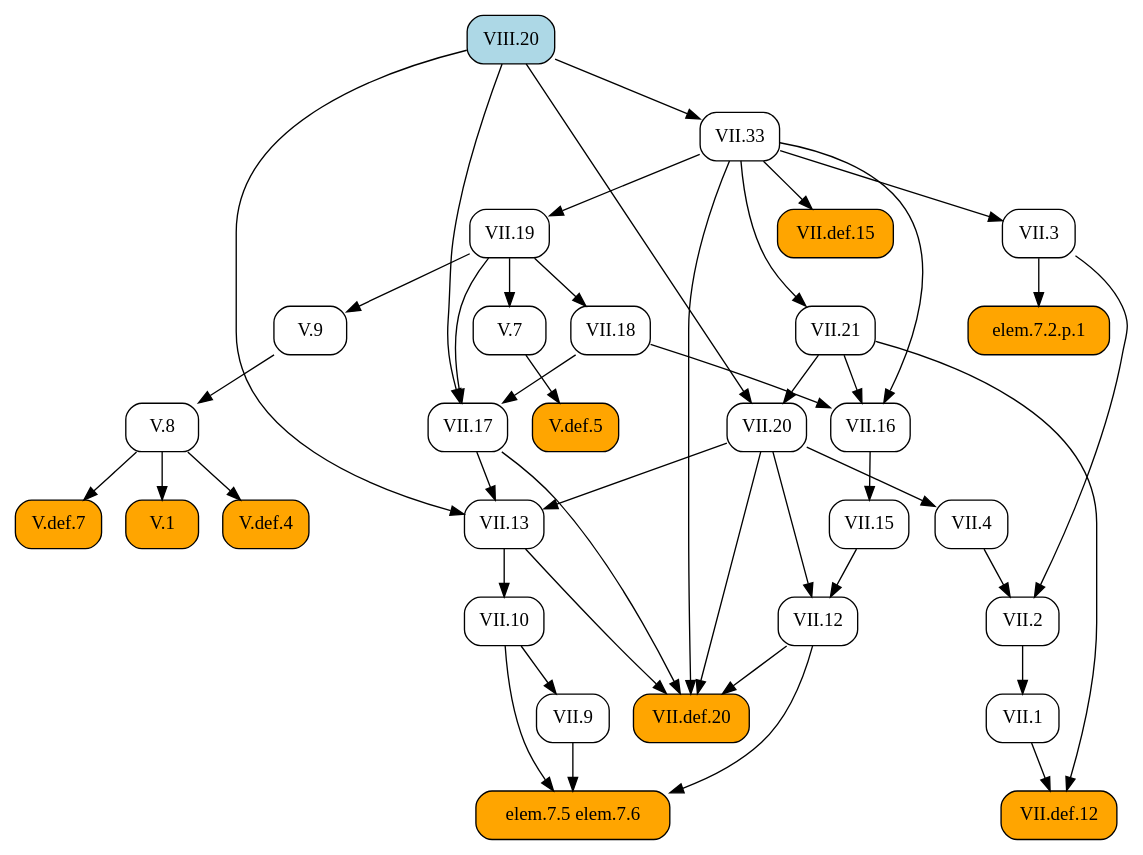
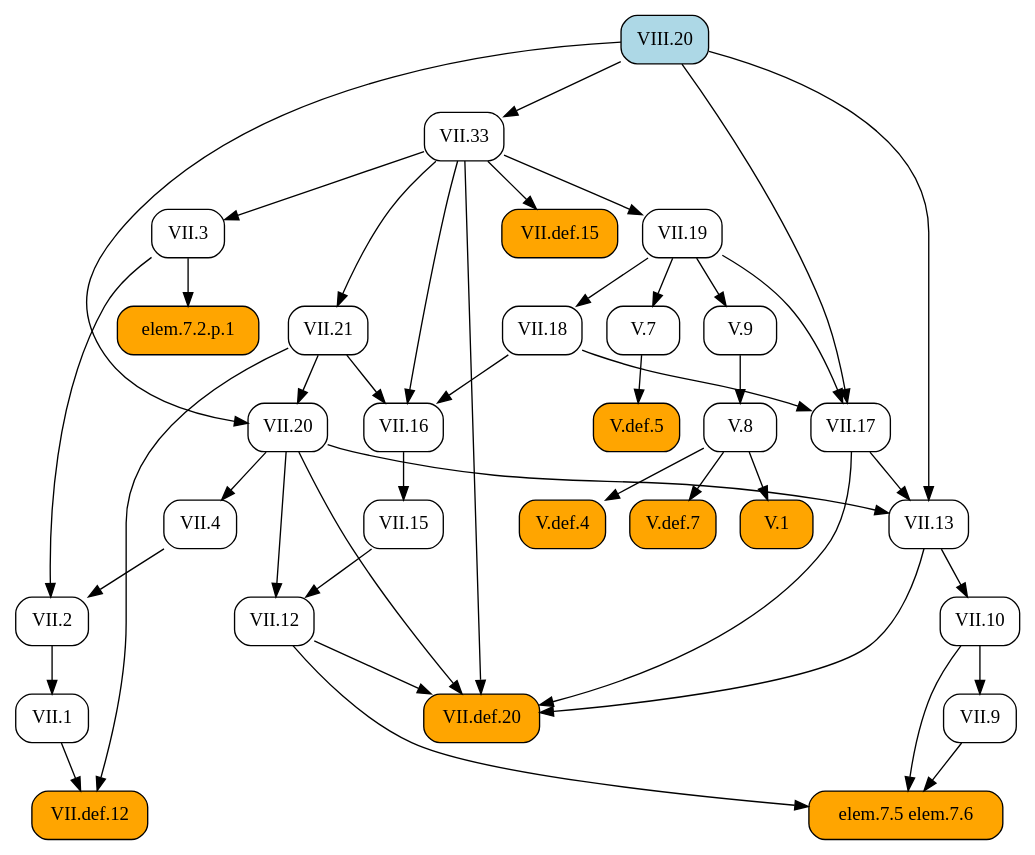
Before and after one commit to geometor/elements: the diagram in docsrc/heath/VIII/20/index.rst, drawn with Graphviz. The commit also changed other lines of this file and 1029 other files, not shown here.

```diff
--- a/docsrc/heath/VIII/20/index.rst
+++ b/docsrc/heath/VIII/20/index.rst
@@ -52,79 +52,79 @@
 .. graphviz::
 
    digraph {
      rankdir="TB";
      node [shape=box, style=rounded];
+     "VII.def.12" [style="rounded,filled", fillcolor=orange, URL="/heath/VII/def.12/", target="_top"];
+     "V.8" [URL="/heath/V/8/", target="_top"];
+     "VII.33" [URL="/heath/VII/33/", target="_top"];
+     "VII.1" [URL="/heath/VII/1/", target="_top"];
+     "elem.7.2.p.1" [style="rounded,filled", fillcolor=orange];
+     "VII.10" [URL="/heath/VII/10/", target="_top"];
+     "VII.9" [URL="/heath/VII/9/", target="_top"];
+     "VII.def.15" [style="rounded,filled", fillcolor=orange, URL="/heath/VII/def.15/", target="_top"];
+     "V.def.5" [style="rounded,filled", fillcolor=orange, URL="/heath/V/def.5/", target="_top"];
+     "VII.19" [URL="/heath/VII/19/", target="_top"];
+     "VII.18" [URL="/heath/VII/18/", target="_top"];
+     "VII.16" [URL="/heath/VII/16/", target="_top"];
+     "VII.4" [URL="/heath/VII/4/", target="_top"];
+     "VII.21" [URL="/heath/VII/21/", target="_top"];
      "V.1" [style="rounded,filled", fillcolor=orange, URL="/heath/V/1/", target="_top"];
+     "VII.3" [URL="/heath/VII/3/", target="_top"];
+     "VII.17" [URL="/heath/VII/17/", target="_top"];
+     "elem.7.5 elem.7.6" [style="rounded,filled", fillcolor=orange];
      "VII.20" [URL="/heath/VII/20/", target="_top"];
+     "V.7" [URL="/heath/V/7/", target="_top"];
+     "V.9" [URL="/heath/V/9/", target="_top"];
+     "V.def.4" [style="rounded,filled", fillcolor=orange, URL="/heath/V/def.4/", target="_top"];
+     "VII.13" [URL="/heath/VII/13/", target="_top"];
+     "VII.2" [URL="/heath/VII/2/", target="_top"];
+     "VIII.20" [style="rounded,filled", fillcolor=lightblue, URL="/heath/VIII/20/", target="_top"];
+     "V.def.7" [style="rounded,filled", fillcolor=orange, URL="/heath/V/def.7/", target="_top"];
      "VII.12" [URL="/heath/VII/12/", target="_top"];
-     "VII.9" [URL="/heath/VII/9/", target="_top"];
-     "VII.16" [URL="/heath/VII/16/", target="_top"];
-     "VII.13" [URL="/heath/VII/13/", target="_top"];
-     "V.def.4" [style="rounded,filled", fillcolor=orange, URL="/heath/V/def.4/", target="_top"];
-     "VII.def.15" [style="rounded,filled", fillcolor=orange, URL="/heath/VII/def.15/", target="_top"];
-     "VII.18" [URL="/heath/VII/18/", target="_top"];
-     "V.8" [URL="/heath/V/8/", target="_top"];
-     "VII.21" [URL="/heath/VII/21/", target="_top"];
-     "VIII.20" [style="rounded,filled", fillcolor=lightblue, URL="/heath/VIII/20/", target="_top"];
-     "V.7" [URL="/heath/V/7/", target="_top"];
-     "VII.19" [URL="/heath/VII/19/", target="_top"];
      "VII.15" [URL="/heath/VII/15/", target="_top"];
-     "VII.def.12" [style="rounded,filled", fillcolor=orange, URL="/heath/VII/def.12/", target="_top"];
-     "VII.4" [URL="/heath/VII/4/", target="_top"];
-     "elem.7.2.p.1" [style="rounded,filled", fillcolor=orange];
-     "V.9" [URL="/heath/V/9/", target="_top"];
-     "VII.2" [URL="/heath/VII/2/", target="_top"];
      "VII.def.20" [style="rounded,filled", fillcolor=orange, URL="/heath/VII/def.20/", target="_top"];
-     "VII.3" [URL="/heath/VII/3/", target="_top"];
-     "elem.7.5 elem.7.6" [style="rounded,filled", fillcolor=orange];
-     "VII.1" [URL="/heath/VII/1/", target="_top"];
-     "VII.10" [URL="/heath/VII/10/", target="_top"];
-     "V.def.7" [style="rounded,filled", fillcolor=orange, URL="/heath/V/def.7/", target="_top"];
-     "VII.33" [URL="/heath/VII/33/", target="_top"];
-     "V.def.5" [style="rounded,filled", fillcolor=orange, URL="/heath/V/def.5/", target="_top"];
-     "VII.17" [URL="/heath/VII/17/", target="_top"];
-     "V.8" -> "V.1";
-     "VII.21" -> "VII.20";
-     "VIII.20" -> "VII.20";
-     "VII.15" -> "VII.12";
-     "VII.20" -> "VII.12";
+     "VII.1" -> "VII.def.12";
+     "VII.21" -> "VII.def.12";
+     "V.9" -> "V.8";
+     "VIII.20" -> "VII.33";
+     "VII.2" -> "VII.1";
+     "VII.3" -> "elem.7.2.p.1";
+     "VII.13" -> "VII.10";
      "VII.10" -> "VII.9";
+     "VII.33" -> "VII.def.15";
+     "V.7" -> "V.def.5";
+     "VII.33" -> "VII.19";
+     "VII.19" -> "VII.18";
      "VII.18" -> "VII.16";
      "VII.21" -> "VII.16";
      "VII.33" -> "VII.16";
+     "VII.20" -> "VII.4";
+     "VII.33" -> "VII.21";
+     "V.8" -> "V.1";
+     "VII.33" -> "VII.3";
+     "VII.18" -> "VII.17";
+     "VII.19" -> "VII.17";
+     "VIII.20" -> "VII.17";
+     "VII.9" -> "elem.7.5 elem.7.6";
+     "VII.10" -> "elem.7.5 elem.7.6";
+     "VII.12" -> "elem.7.5 elem.7.6";
+     "VII.21" -> "VII.20";
+     "VIII.20" -> "VII.20";
+     "VII.19" -> "V.7";
+     "VII.19" -> "V.9";
+     "V.8" -> "V.def.4";
      "VII.17" -> "VII.13";
      "VII.20" -> "VII.13";
      "VIII.20" -> "VII.13";
-     "V.8" -> "V.def.4";
-     "VII.33" -> "VII.def.15";
-     "VII.19" -> "VII.18";
-     "V.9" -> "V.8";
-     "VII.33" -> "VII.21";
-     "VII.19" -> "V.7";
-     "VII.33" -> "VII.19";
-     "VII.16" -> "VII.15";
-     "VII.1" -> "VII.def.12";
-     "VII.21" -> "VII.def.12";
-     "VII.20" -> "VII.4";
-     "VII.3" -> "elem.7.2.p.1";
-     "VII.19" -> "V.9";
      "VII.3" -> "VII.2";
      "VII.4" -> "VII.2";
+     "V.8" -> "V.def.7";
+     "VII.15" -> "VII.12";
+     "VII.20" -> "VII.12";
+     "VII.16" -> "VII.15";
      "VII.12" -> "VII.def.20";
      "VII.13" -> "VII.def.20";
      "VII.17" -> "VII.def.20";
      "VII.20" -> "VII.def.20";
      "VII.33" -> "VII.def.20";
-     "VII.33" -> "VII.3";
-     "VII.9" -> "elem.7.5 elem.7.6";
-     "VII.10" -> "elem.7.5 elem.7.6";
-     "VII.12" -> "elem.7.5 elem.7.6";
-     "VII.2" -> "VII.1";
-     "VII.13" -> "VII.10";
-     "V.8" -> "V.def.7";
-     "VIII.20" -> "VII.33";
-     "V.7" -> "V.def.5";
-     "VII.18" -> "VII.17";
-     "VII.19" -> "VII.17";
-     "VIII.20" -> "VII.17";
    }
```
